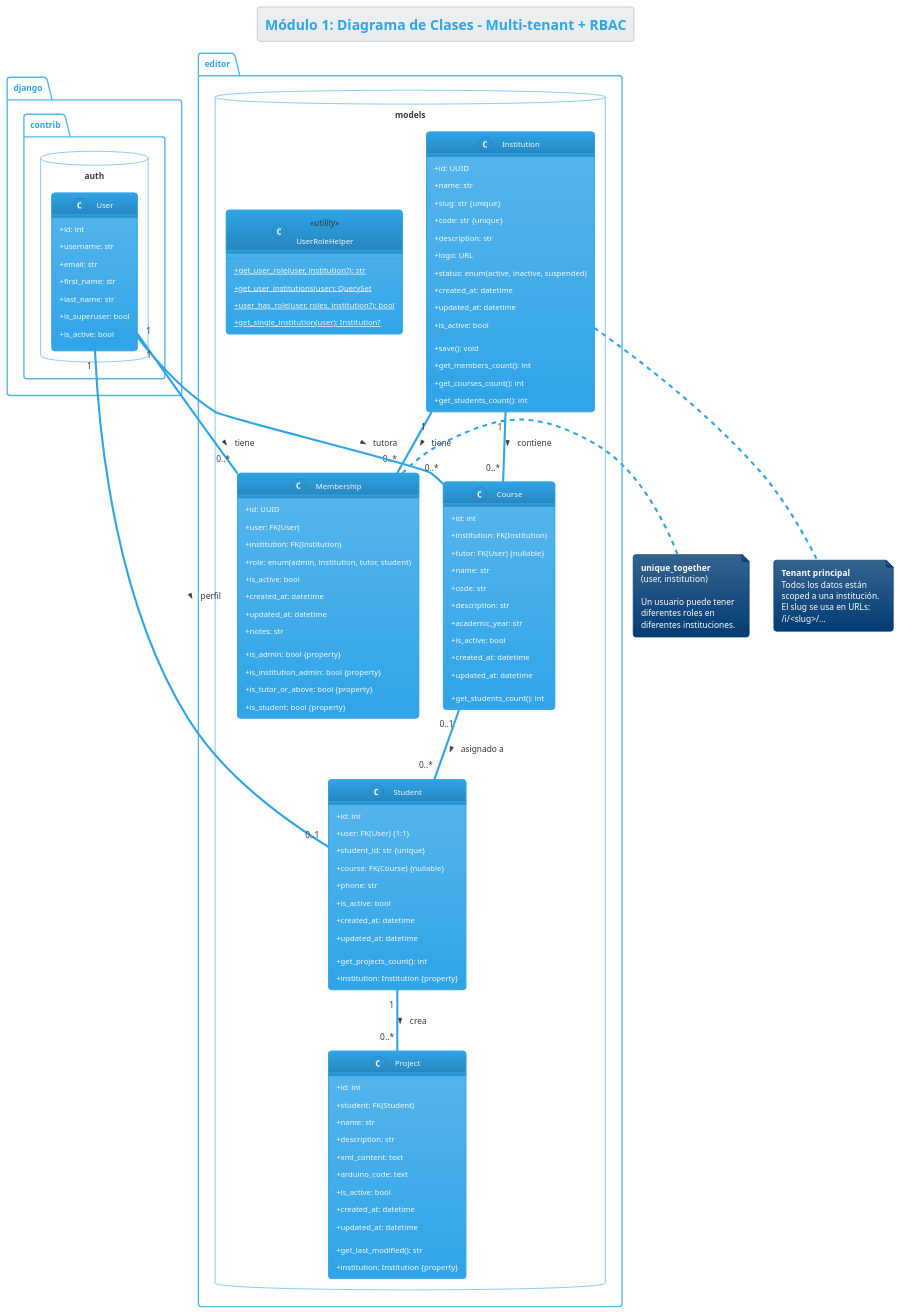
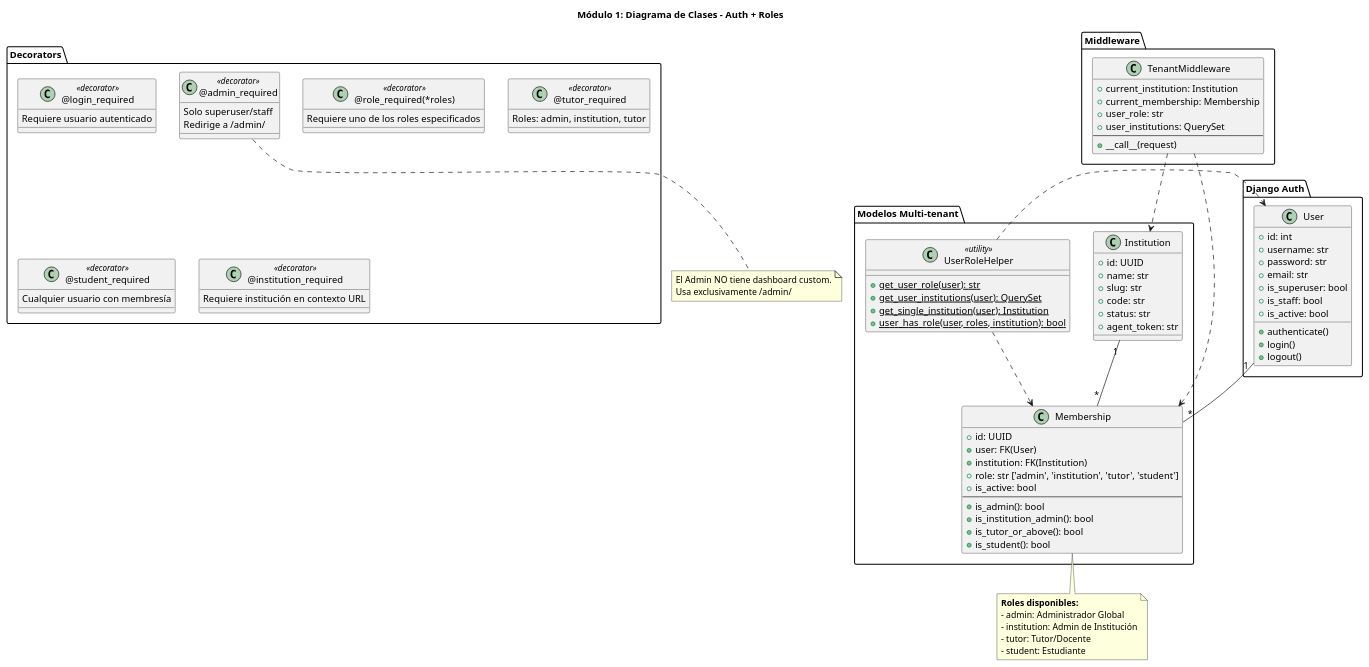
One commit to Luvigo/Max changed the diagram in docs/uml/module1/class_diagram.puml. Above: the diagram before and after it, drawn with PlantUML. The commit also changed 9 other files, not shown here.

First line of the commit message:
MÓDULO 1: Auth + Roles (Admin, Tutor, Estudiante)

```diff
--- a/docs/uml/module1/class_diagram.puml
+++ b/docs/uml/module1/class_diagram.puml
@@ -1,133 +1,107 @@
 @startuml
-!theme cerulean
-title Módulo 1: Diagrama de Clases - Multi-tenant + RBAC
+title Módulo 1: Diagrama de Clases - Auth + Roles
 
-skinparam classAttributeIconSize 0
-
-package "django.contrib.auth" <<Database>> {
+package "Django Auth" {
     class User {
         +id: int
         +username: str
+        +password: str
         +email: str
-        +first_name: str
-        +last_name: str
         +is_superuser: bool
+        +is_staff: bool
         +is_active: bool
+        +authenticate()
+        +login()
+        +logout()
     }
 }
 
-package "editor.models" <<Database>> {
-    
+package "Modelos Multi-tenant" {
     class Institution {
         +id: UUID
         +name: str
-        +slug: str {unique}
-        +code: str {unique}
-        +description: str
-        +logo: URL
-        +status: enum(active, inactive, suspended)
-        +created_at: datetime
-        +updated_at: datetime
-        +is_active: bool
-        --
-        +save(): void
-        +get_members_count(): int
-        +get_courses_count(): int
-        +get_students_count(): int
+        +slug: str
+        +code: str
+        +status: str
+        +agent_token: str
     }
     
     class Membership {
         +id: UUID
         +user: FK(User)
         +institution: FK(Institution)
-        +role: enum(admin, institution, tutor, student)
+        +role: str ['admin', 'institution', 'tutor', 'student']
         +is_active: bool
-        +created_at: datetime
-        +updated_at: datetime
-        +notes: str
         --
-        +is_admin: bool {property}
-        +is_institution_admin: bool {property}
-        +is_tutor_or_above: bool {property}
-        +is_student: bool {property}
-    }
-    
-    class Course {
-        +id: int
-        +institution: FK(Institution)
-        +tutor: FK(User) {nullable}
-        +name: str
-        +code: str
-        +description: str
-        +academic_year: str
-        +is_active: bool
-        +created_at: datetime
-        +updated_at: datetime
-        --
-        +get_students_count(): int
-    }
-    
-    class Student {
-        +id: int
-        +user: FK(User) {1:1}
-        +student_id: str {unique}
-        +course: FK(Course) {nullable}
-        +phone: str
-        +is_active: bool
-        +created_at: datetime
-        +updated_at: datetime
-        --
-        +get_projects_count(): int
-        +institution: Institution {property}
-    }
-    
-    class Project {
-        +id: int
-        +student: FK(Student)
-        +name: str
-        +description: str
-        +xml_content: text
-        +arduino_code: text
-        +is_active: bool
-        +created_at: datetime
-        +updated_at: datetime
-        --
-        +get_last_modified(): str
-        +institution: Institution {property}
+        +is_admin(): bool
+        +is_institution_admin(): bool
+        +is_tutor_or_above(): bool
+        +is_student(): bool
     }
     
     class UserRoleHelper <<utility>> {
-        {static} +get_user_role(user, institution?): str
+        {static} +get_user_role(user): str
         {static} +get_user_institutions(user): QuerySet
-        {static} +user_has_role(user, roles, institution?): bool
-        {static} +get_single_institution(user): Institution?
+        {static} +get_single_institution(user): Institution
+        {static} +user_has_role(user, roles, institution): bool
     }
 }
 
-' Relaciones
-User "1" -- "0..*" Membership : tiene >
-Institution "1" -- "0..*" Membership : tiene >
-Institution "1" -- "0..*" Course : contiene >
-Course "0..1" -- "0..*" Student : asignado a >
-User "1" -- "0..*" Course : tutora >
-User "1" -- "0..1" Student : perfil >
-Student "1" -- "0..*" Project : crea >
+package "Decorators" {
+    class "@login_required" <<decorator>> {
+        Requiere usuario autenticado
+    }
+    
+    class "@role_required(*roles)" <<decorator>> {
+        Requiere uno de los roles especificados
+    }
+    
+    class "@admin_required" <<decorator>> {
+        Solo superuser/staff
+        Redirige a /admin/
+    }
+    
+    class "@tutor_required" <<decorator>> {
+        Roles: admin, institution, tutor
+    }
+    
+    class "@student_required" <<decorator>> {
+        Cualquier usuario con membresía
+    }
+    
+    class "@institution_required" <<decorator>> {
+        Requiere institución en contexto URL
+    }
+}
 
-note right of Membership
-  **unique_together**
-  (user, institution)
-  
-  Un usuario puede tener
-  diferentes roles en
-  diferentes instituciones.
+package "Middleware" {
+    class TenantMiddleware {
+        +current_institution: Institution
+        +current_membership: Membership
+        +user_role: str
+        +user_institutions: QuerySet
+        --
+        +__call__(request)
+    }
+}
+
+User "1" -- "*" Membership
+Institution "1" -- "*" Membership
+TenantMiddleware ..> Institution
+TenantMiddleware ..> Membership
+UserRoleHelper ..> Membership
+UserRoleHelper ..> User
+
+note bottom of Membership
+  **Roles disponibles:**
+  - admin: Administrador Global
+  - institution: Admin de Institución
+  - tutor: Tutor/Docente
+  - student: Estudiante
 end note
 
-note bottom of Institution
-  **Tenant principal**
-  Todos los datos están
-  scoped a una institución.
-  El slug se usa en URLs:
-  /i/<slug>/...
+note bottom of "@admin_required"
+  El Admin NO tiene dashboard custom.
+  Usa exclusivamente /admin/
 end note
-
 @enduml
```
